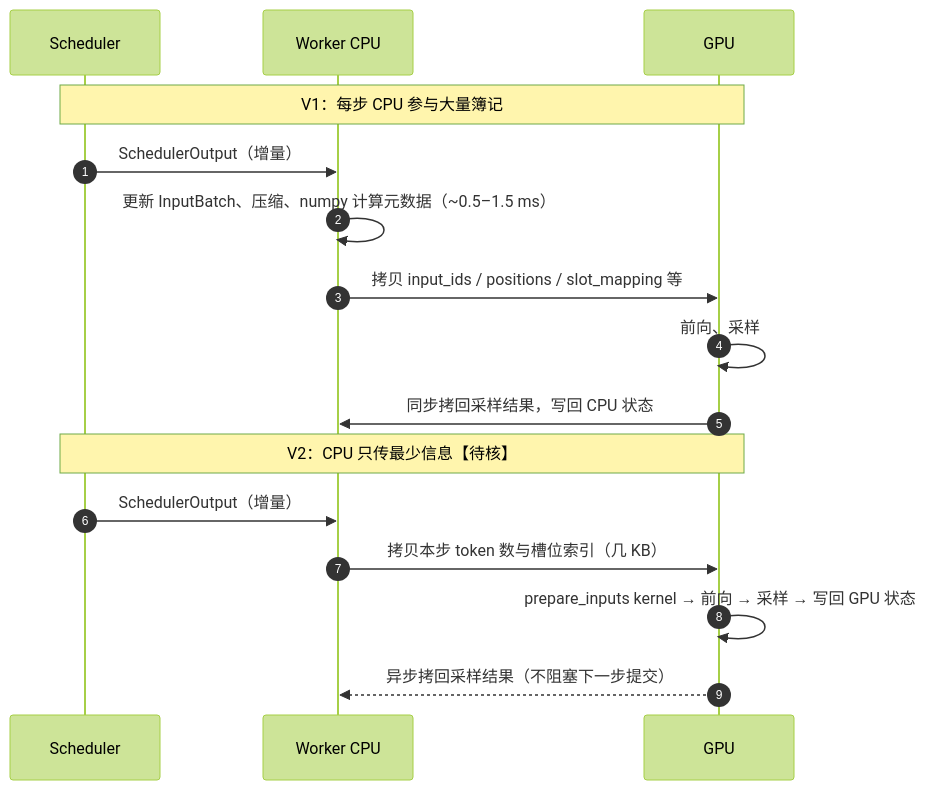
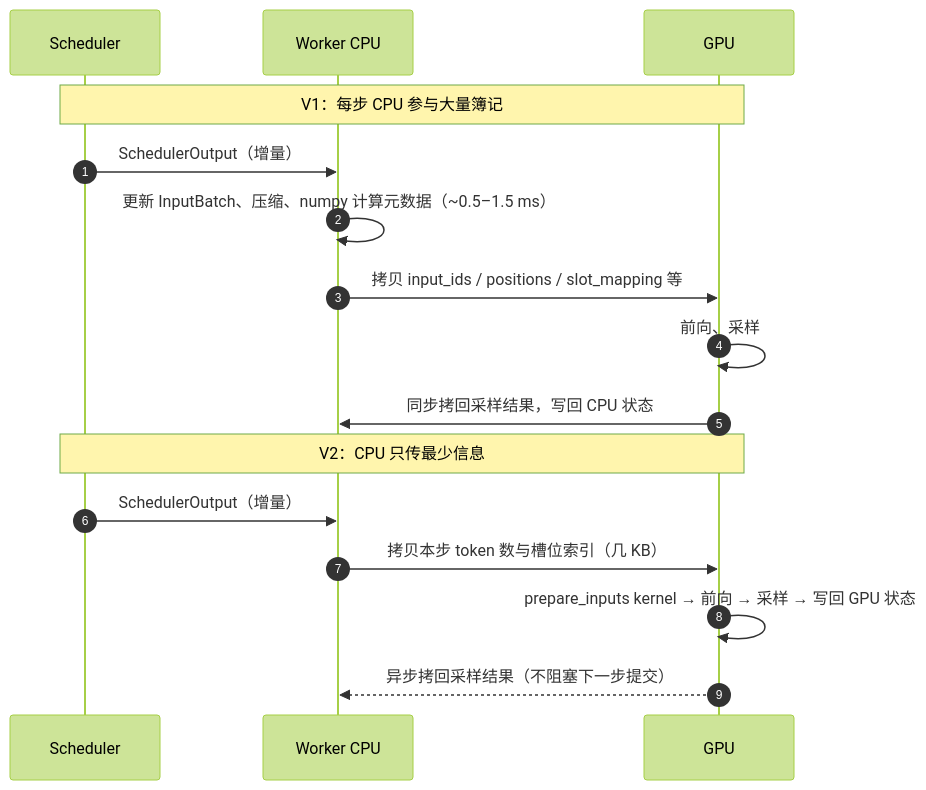
Before and after one commit to Wedsonlin/vllm_code: the diagram in course/revised/diagrams-src/F4/F4-fig2.mmd, drawn with Mermaid (forest theme). The commit also changed 36 other files, not shown here.

Commit message:
course: audit diagrams against vLLM v0.30.0; follow-up text fixes

```diff
--- a/course/revised/diagrams-src/F4/F4-fig2.mmd
+++ b/course/revised/diagrams-src/F4/F4-fig2.mmd
@@ -1,16 +1,16 @@
 sequenceDiagram
   autonumber
   participant S as Scheduler
   participant C as Worker CPU
   participant G as GPU
   Note over S,G: V1：每步 CPU 参与大量簿记
   S->>C: SchedulerOutput（增量）
   C->>C: 更新 InputBatch、压缩、numpy 计算元数据（~0.5–1.5 ms）
   C->>G: 拷贝 input_ids / positions / slot_mapping 等
   G->>G: 前向、采样
   G->>C: 同步拷回采样结果，写回 CPU 状态
-  Note over S,G: V2：CPU 只传最少信息【待核】
+  Note over S,G: V2：CPU 只传最少信息
   S->>C: SchedulerOutput（增量）
   C->>G: 拷贝本步 token 数与槽位索引（几 KB）
   G->>G: prepare_inputs kernel → 前向 → 采样 → 写回 GPU 状态
   G-->>C: 异步拷回采样结果（不阻塞下一步提交）
```
